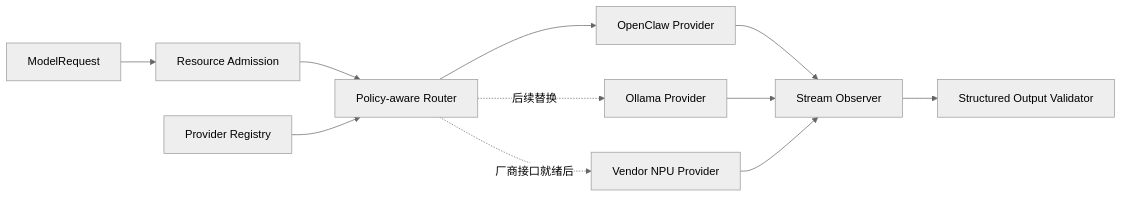
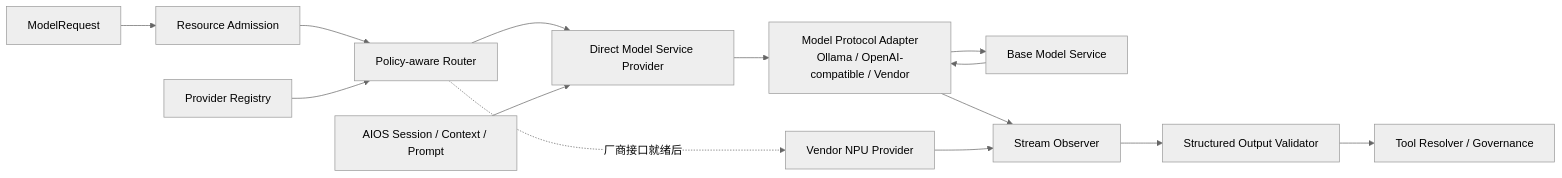
The seventh of 15 diagrams in docs/CENTRAL_BRAIN_SOFTWARE_ARCHITECTURE.md (LucasWEIchen/CougarOS), drawn with Mermaid (neutral theme) before and after one commit. The commit also changed other lines of this file and 22 other files, not shown here.

Commit message:
feat: establish direct model service architecture

````diff
--- a/docs/CENTRAL_BRAIN_SOFTWARE_ARCHITECTURE.md
+++ b/docs/CENTRAL_BRAIN_SOFTWARE_ARCHITECTURE.md
@@ -287,21 +288,24 @@
 ```mermaid
 flowchart LR
     Request["ModelRequest"]
     Admission["Resource Admission"]
     Registry["Provider Registry"]
     Router["Policy-aware Router"]
-    OpenClaw["OpenClaw Provider"]
-    Ollama["Ollama Provider"]
+    Direct["Direct Model Service Provider"]
+    Session["AIOS Session / Context / Prompt"]
+    Protocol["Model Protocol Adapter<br/>Ollama / OpenAI-compatible / Vendor"]
+    Base["Base Model Service"]
     Vendor["Vendor NPU Provider"]
     Stream["Stream Observer"]
     Validate["Structured Output Validator"]
+    Tools["Tool Resolver / Governance"]
 
     Request --> Admission --> Router
     Registry --> Router
-    Router --> OpenClaw
-    Router -. "后续替换" .-> Ollama
+    Router --> Direct
     Router -. "厂商接口就绪后" .-> Vendor
-    OpenClaw --> Stream --> Validate
-    Ollama --> Stream
+    Session --> Direct --> Protocol --> Base
+    Base --> Protocol --> Stream --> Validate
+    Validate --> Tools
     Vendor --> Stream
 ```
````
